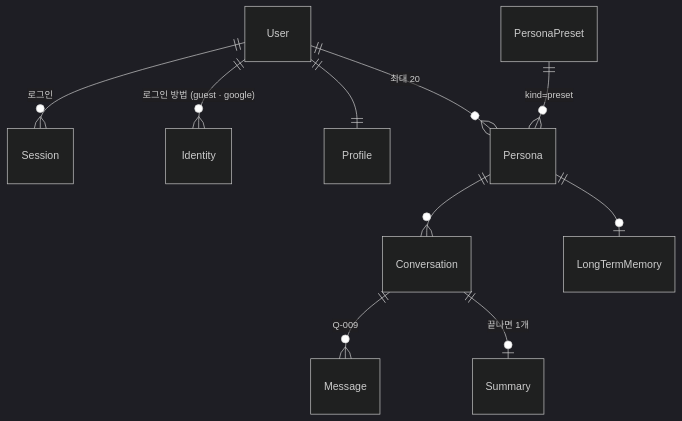
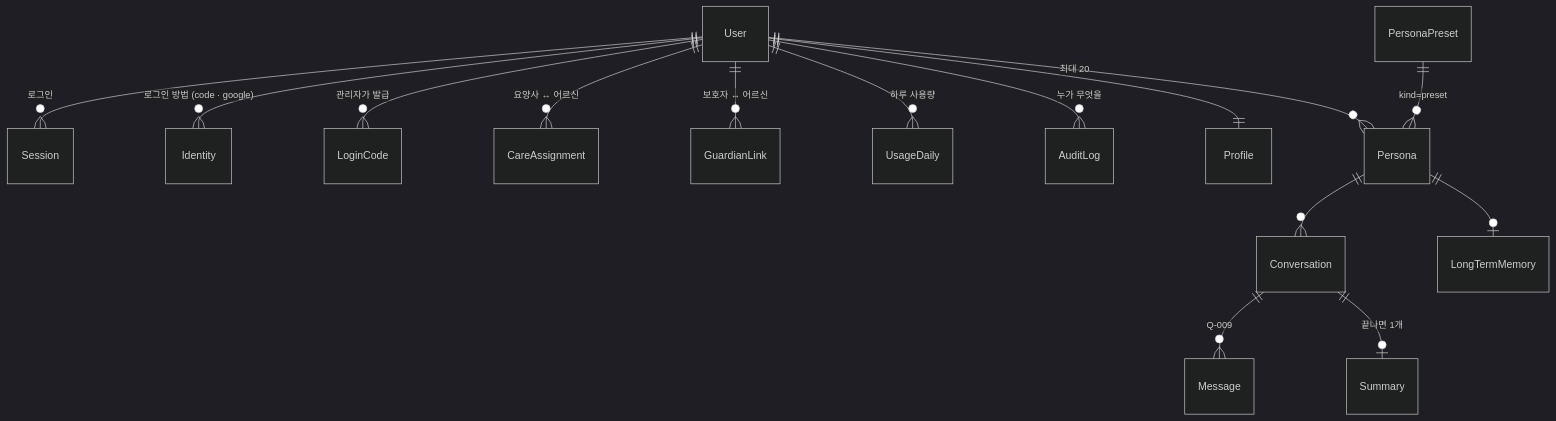
The second of 2 diagrams in SPEC.md (kimtaesung98/ai-agent-chat-demo), drawn with Mermaid (dark theme) before and after one commit. The commit also changed other lines of this file and 2 other files, not shown here.

First line of the commit message:
docs(F-026~F-030): 로그인 코드·Google, 역할 계층, 게스트 사용량 제한 반영

````diff
--- a/SPEC.md
+++ b/SPEC.md
@@ -693,12 +752,17 @@
 ```mermaid
 erDiagram
     User ||--o{ Session : "로그인"
-    User ||--o{ Identity : "로그인 방법 (guest · google)"
+    User ||--o{ Identity : "로그인 방법 (code · google)"
+    User ||--o{ LoginCode : "관리자가 발급"
+    User ||--o{ CareAssignment : "요양사 ↔ 어르신"
+    User ||--o{ GuardianLink : "보호자 ↔ 어르신"
+    User ||--o{ UsageDaily : "하루 사용량"
+    User ||--o{ AuditLog : "누가 무엇을"
     User ||--|| Profile : ""
     User ||--o{ Persona : "최대 20"
     PersonaPreset ||--o{ Persona : "kind=preset"
     Persona ||--o{ Conversation : ""
     Conversation ||--o{ Message : "Q-009"
     Conversation ||--o| Summary : "끝나면 1개"
     Persona ||--o| LongTermMemory : ""
 ```
````
